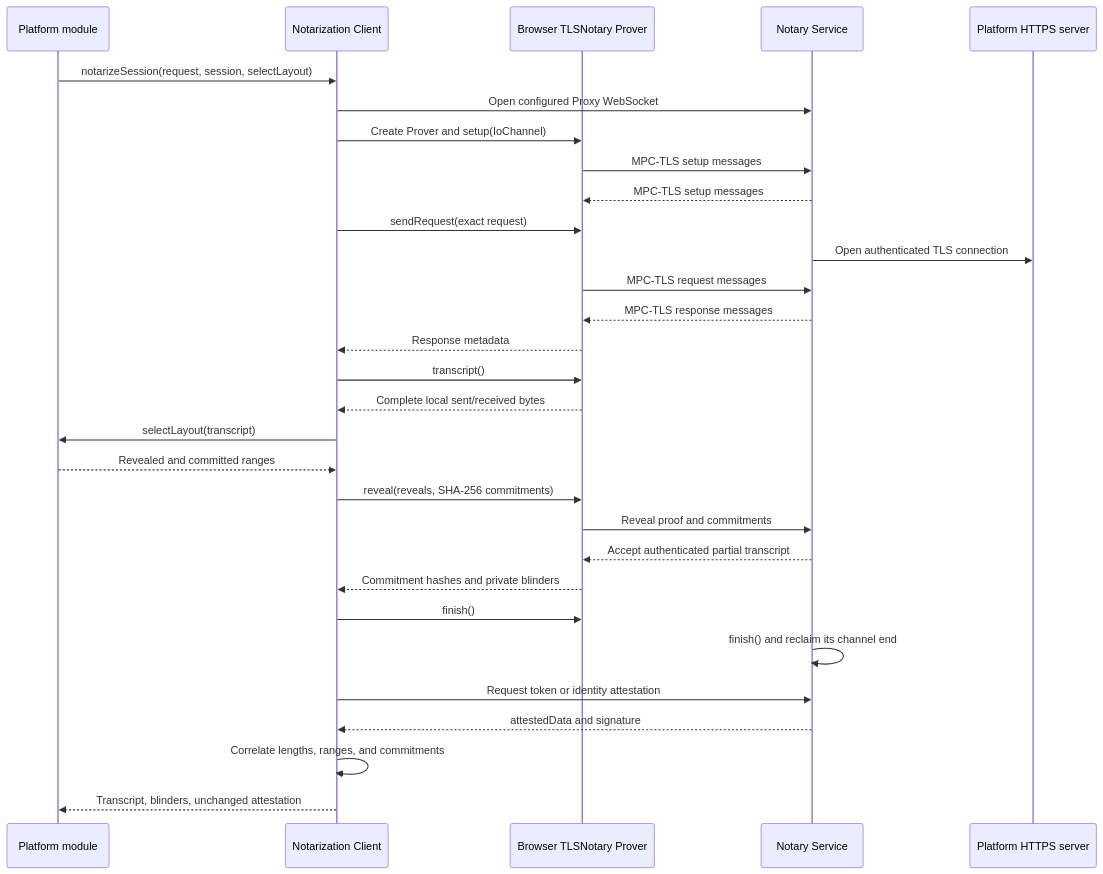
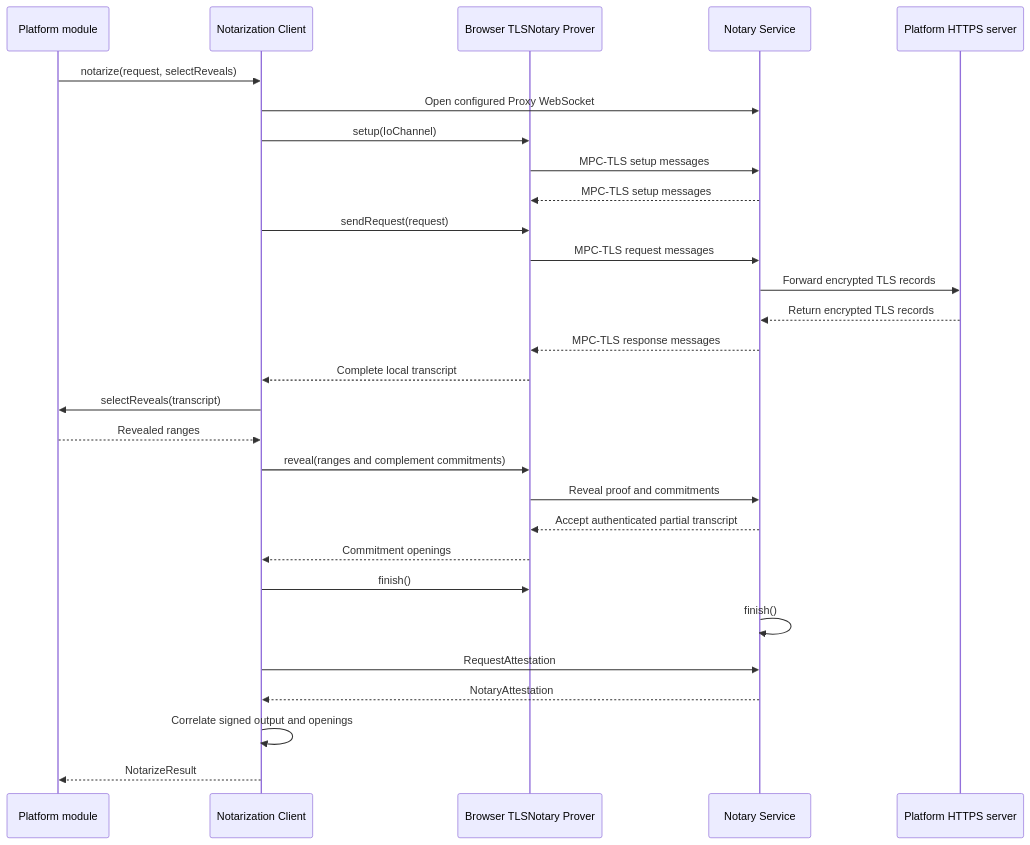
Before and after one commit to libid-org/libid: the diagram in ts/packages/ceremony/NOTARIZATION.md, drawn with Mermaid. The commit also changed other lines of this file and 2 other files, not shown here.

````diff
--- a/ts/packages/ceremony/NOTARIZATION.md
+++ b/ts/packages/ceremony/NOTARIZATION.md
@@ -122,33 +95,32 @@
 ```mermaid
 sequenceDiagram
     participant M as Platform module
     participant T as Notarization Client
     participant W as Browser TLSNotary Prover
     participant N as Notary Service
     participant P as Platform HTTPS server
 
-    M->>T: notarizeSession(request, session, selectLayout)
+    M->>T: notarize(request, selectReveals)
     T->>N: Open configured Proxy WebSocket
-    T->>W: Create Prover and setup(IoChannel)
+    T->>W: setup(IoChannel)
     W->>N: MPC-TLS setup messages
     N-->>W: MPC-TLS setup messages
-    T->>W: sendRequest(exact request)
-    N->>P: Open authenticated TLS connection
+    T->>W: sendRequest(request)
     W->>N: MPC-TLS request messages
+    N->>P: Forward encrypted TLS records
+    P-->>N: Return encrypted TLS records
     N-->>W: MPC-TLS response messages
-    W-->>T: Response metadata
-    T->>W: transcript()
-    W-->>T: Complete local sent/received bytes
-    T->>M: selectLayout(transcript)
-    M-->>T: Revealed and committed ranges
-    T->>W: reveal(reveals, SHA-256 commitments)
+    W-->>T: Complete local transcript
+    T->>M: selectReveals(transcript)
+    M-->>T: Revealed ranges
+    T->>W: reveal(ranges and complement commitments)
     W->>N: Reveal proof and commitments
     N-->>W: Accept authenticated partial transcript
-    W-->>T: Commitment hashes and private blinders
+    W-->>T: Commitment openings
     T->>W: finish()
-    N->>N: finish() and reclaim its channel end
-    T->>N: Request token or identity attestation
-    N-->>T: attestedData and signature
-    T->>T: Correlate lengths, ranges, and commitments
-    T-->>M: Transcript, blinders, unchanged attestation
+    N->>N: finish()
+    T->>N: RequestAttestation
+    N-->>T: NotaryAttestation
+    T->>T: Correlate signed output and openings
+    T-->>M: NotarizeResult
 ```
````
